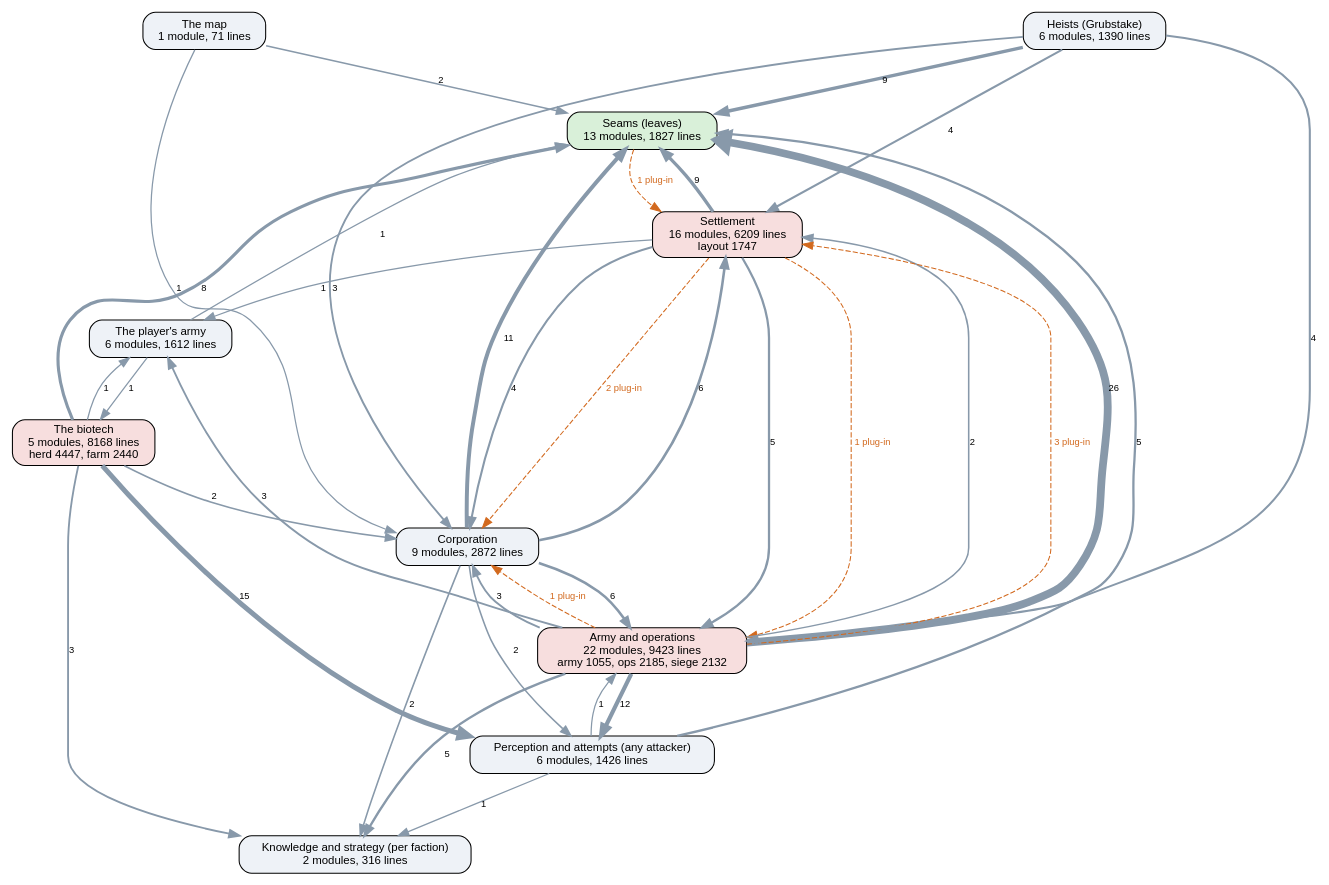
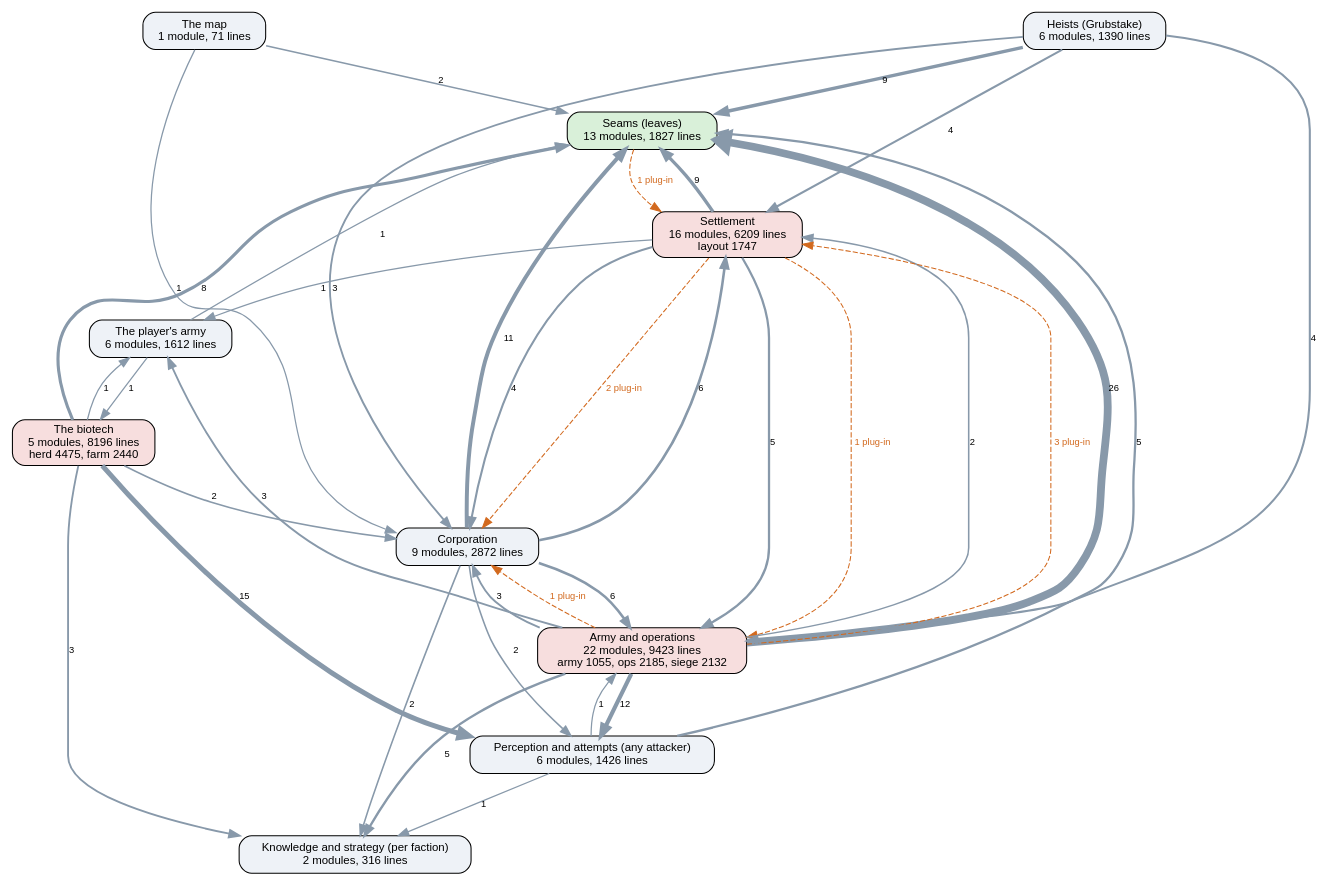
One commit to kinelhu/landing-party changed the diagram in docs/ai-layers.dot. Above: the diagram before and after it, drawn with Graphviz. The commit also changed 10 other files, not shown here.

```diff
--- a/docs/ai-layers.dot
+++ b/docs/ai-layers.dot
@@ -1,51 +1,51 @@
 digraph layers {
   graph [rankdir=TB, fontname="Helvetica", nodesep=0.5, ranksep=0.7];
   node [shape=box, style="rounded,filled", fontname="Helvetica", fontsize=11, fillcolor="#eef2f7"];
   edge [color="#8899aa", fontname="Helvetica", fontsize=9];
   "Seams (leaves)" [label="Seams (leaves)\n13 modules, 1827 lines", fillcolor="#d9f0d9"];
   "Perception and attempts (any attacker)" [label="Perception and attempts (any attacker)\n6 modules, 1426 lines", fillcolor="#eef2f7"];
   "Knowledge and strategy (per faction)" [label="Knowledge and strategy (per faction)\n2 modules, 316 lines", fillcolor="#eef2f7"];
   "Corporation" [label="Corporation\n9 modules, 2872 lines", fillcolor="#eef2f7"];
   "Settlement" [label="Settlement\n16 modules, 6209 lines\nlayout 1747", fillcolor="#f7dede"];
   "Army and operations" [label="Army and operations\n22 modules, 9423 lines\narmy 1055, ops 2185, siege 2132", fillcolor="#f7dede"];
   "Heists (Grubstake)" [label="Heists (Grubstake)\n6 modules, 1390 lines", fillcolor="#eef2f7"];
-  "The biotech" [label="The biotech\n5 modules, 8168 lines\nherd 4447, farm 2440", fillcolor="#f7dede"];
+  "The biotech" [label="The biotech\n5 modules, 8196 lines\nherd 4475, farm 2440", fillcolor="#f7dede"];
   "The map" [label="The map\n1 module, 71 lines", fillcolor="#eef2f7"];
   "The player's army" [label="The player's army\n6 modules, 1612 lines", fillcolor="#eef2f7"];
   "Army and operations" -> "Corporation" [label="3", penwidth=1.8];
   "Army and operations" -> "Knowledge and strategy (per faction)" [label="5", penwidth=2.2];
   "Army and operations" -> "Perception and attempts (any attacker)" [label="12", penwidth=4.0];
   "Army and operations" -> "Seams (leaves)" [label="26", penwidth=7.5];
   "Army and operations" -> "Settlement" [label="2", penwidth=1.5];
   "Army and operations" -> "The player's army" [label="3", penwidth=1.8];
   "Corporation" -> "Army and operations" [label="6", penwidth=2.5];
   "Corporation" -> "Knowledge and strategy (per faction)" [label="2", penwidth=1.5];
   "Corporation" -> "Perception and attempts (any attacker)" [label="2", penwidth=1.5];
   "Corporation" -> "Seams (leaves)" [label="11", penwidth=3.8];
   "Corporation" -> "Settlement" [label="6", penwidth=2.5];
   "Heists (Grubstake)" -> "Army and operations" [label="4", penwidth=2.0];
   "Heists (Grubstake)" -> "Corporation" [label="3", penwidth=1.8];
   "Heists (Grubstake)" -> "Seams (leaves)" [label="9", penwidth=3.2];
   "Heists (Grubstake)" -> "Settlement" [label="4", penwidth=2.0];
   "Perception and attempts (any attacker)" -> "Army and operations" [label="1", penwidth=1.2];
   "Perception and attempts (any attacker)" -> "Knowledge and strategy (per faction)" [label="1", penwidth=1.2];
   "Perception and attempts (any attacker)" -> "Seams (leaves)" [label="5", penwidth=2.2];
   "Settlement" -> "Army and operations" [label="5", penwidth=2.2];
   "Settlement" -> "Corporation" [label="4", penwidth=2.0];
   "Settlement" -> "Seams (leaves)" [label="9", penwidth=3.2];
   "Settlement" -> "The player's army" [label="1", penwidth=1.2];
   "The biotech" -> "Corporation" [label="2", penwidth=1.5];
   "The biotech" -> "Knowledge and strategy (per faction)" [label="3", penwidth=1.8];
   "The biotech" -> "Perception and attempts (any attacker)" [label="15", penwidth=4.8];
   "The biotech" -> "Seams (leaves)" [label="8", penwidth=3.0];
   "The biotech" -> "The player's army" [label="1", penwidth=1.2];
   "The map" -> "Corporation" [label="1", penwidth=1.2];
   "The map" -> "Seams (leaves)" [label="2", penwidth=1.5];
   "The player's army" -> "Seams (leaves)" [label="1", penwidth=1.2];
   "The player's army" -> "The biotech" [label="1", penwidth=1.2];
   "Army and operations" -> "Corporation" [style=dashed, color="#d2691e", fontcolor="#d2691e", label="1 plug-in"];
   "Army and operations" -> "Settlement" [style=dashed, color="#d2691e", fontcolor="#d2691e", label="3 plug-in"];
   "Seams (leaves)" -> "Settlement" [style=dashed, color="#d2691e", fontcolor="#d2691e", label="1 plug-in"];
   "Settlement" -> "Army and operations" [style=dashed, color="#d2691e", fontcolor="#d2691e", label="1 plug-in"];
   "Settlement" -> "Corporation" [style=dashed, color="#d2691e", fontcolor="#d2691e", label="2 plug-in"];
 }
```
